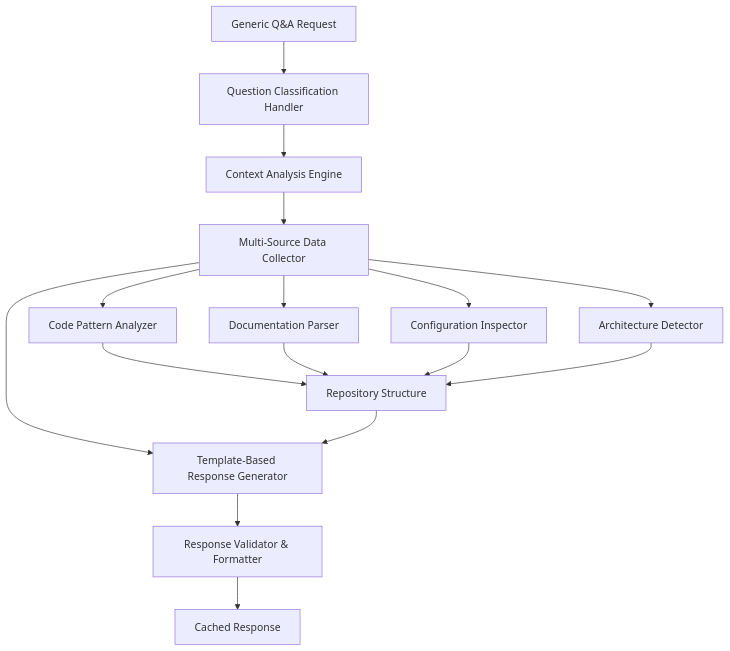
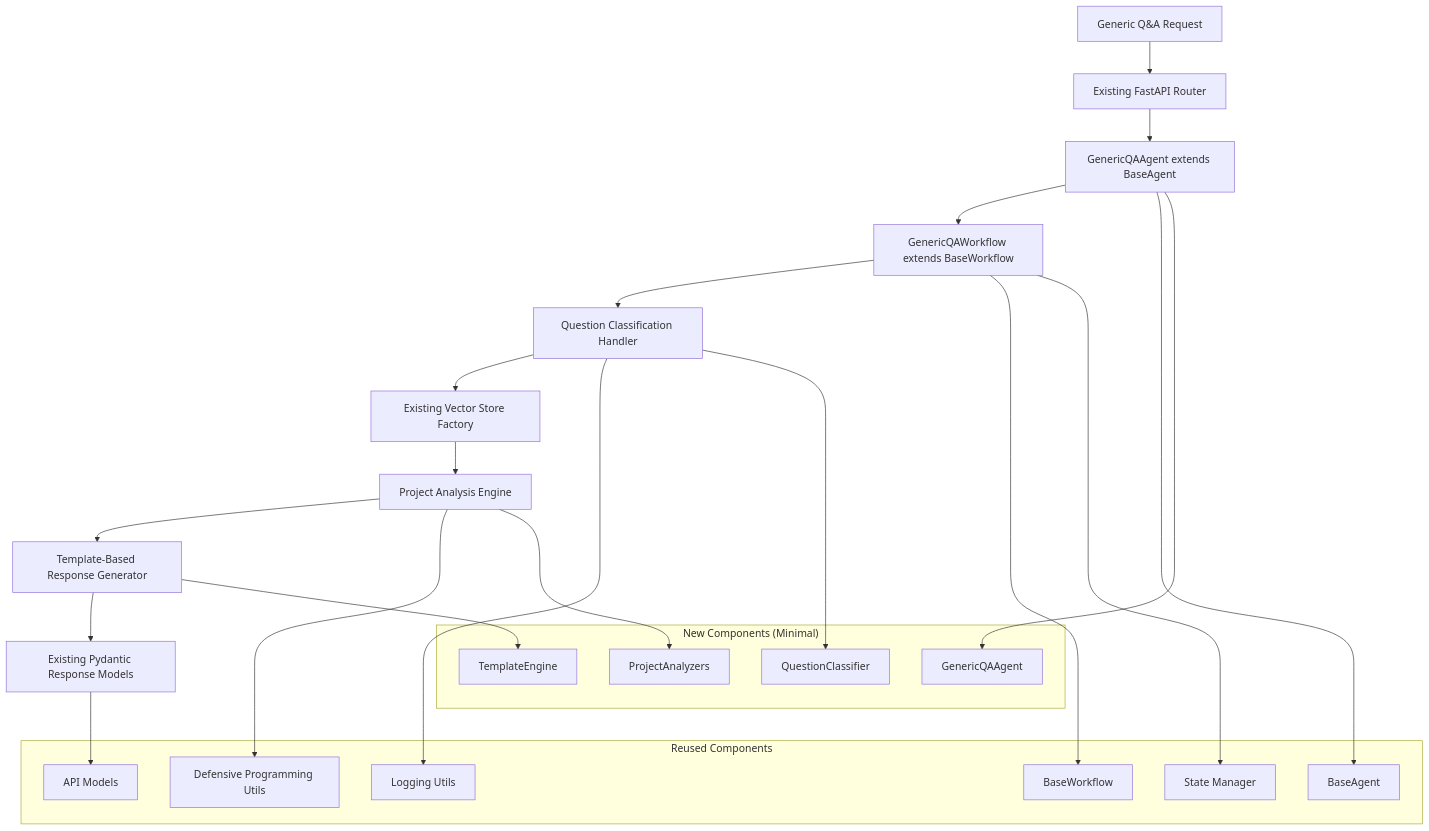
Before and after one commit to anhhai680/knowledge-graph-agent: the diagram in docs/IMPLEMENTATION_PLAN_AI_AGENT_GENERIC_QA.md, drawn with Mermaid. The commit also changed other lines of this file and 1 other file, not shown here.

First line of the commit message:
Enhance TASK014 implementation plan with focus on code reuse and integration

````diff
--- a/docs/IMPLEMENTATION_PLAN_AI_AGENT_GENERIC_QA.md
+++ b/docs/IMPLEMENTATION_PLAN_AI_AGENT_GENERIC_QA.md
@@ -44,20 +79,40 @@
 ```mermaid
 flowchart TD
-    A[Generic Q&A Request] --> B[Question Classification Handler]
-    B --> C[Context Analysis Engine]
-    C --> D[Multi-Source Data Collector]
-    D --> E[Template-Based Response Generator]
-    E --> F[Response Validator & Formatter]
-    F --> G[Cached Response]
+    A[Generic Q&A Request] --> B[Existing FastAPI Router]
+    B --> C[GenericQAAgent extends BaseAgent]
+    C --> D[GenericQAWorkflow extends BaseWorkflow]
     
-    D --> H[Code Pattern Analyzer]
-    D --> I[Documentation Parser]
-    D --> J[Configuration Inspector]
-    D --> K[Architecture Detector]
+    D --> E[Question Classification Handler]
+    E --> F[Existing Vector Store Factory]
+    F --> G[Project Analysis Engine]
+    G --> H[Template-Based Response Generator]
+    H --> I[Existing Pydantic Response Models]
     
-    H --> L[Repository Structure]
-    I --> L
-    J --> L
-    K --> L
-    L --> E
+    subgraph "Reused Components"
+        J[BaseWorkflow]
+        K[BaseAgent] 
+        L[State Manager]
+        M[Defensive Programming Utils]
+        N[Logging Utils]
+        O[API Models]
+    end
+    
+    subgraph "New Components (Minimal)"
+        P[GenericQAAgent]
+        Q[ProjectAnalyzers]
+        R[TemplateEngine]
+        S[QuestionClassifier]
+    end
+    
+    D --> J
+    C --> K
+    D --> L
+    G --> M
+    E --> N
+    I --> O
+    
+    C --> P
+    G --> Q
+    H --> R
+    E --> S
 ```
````
